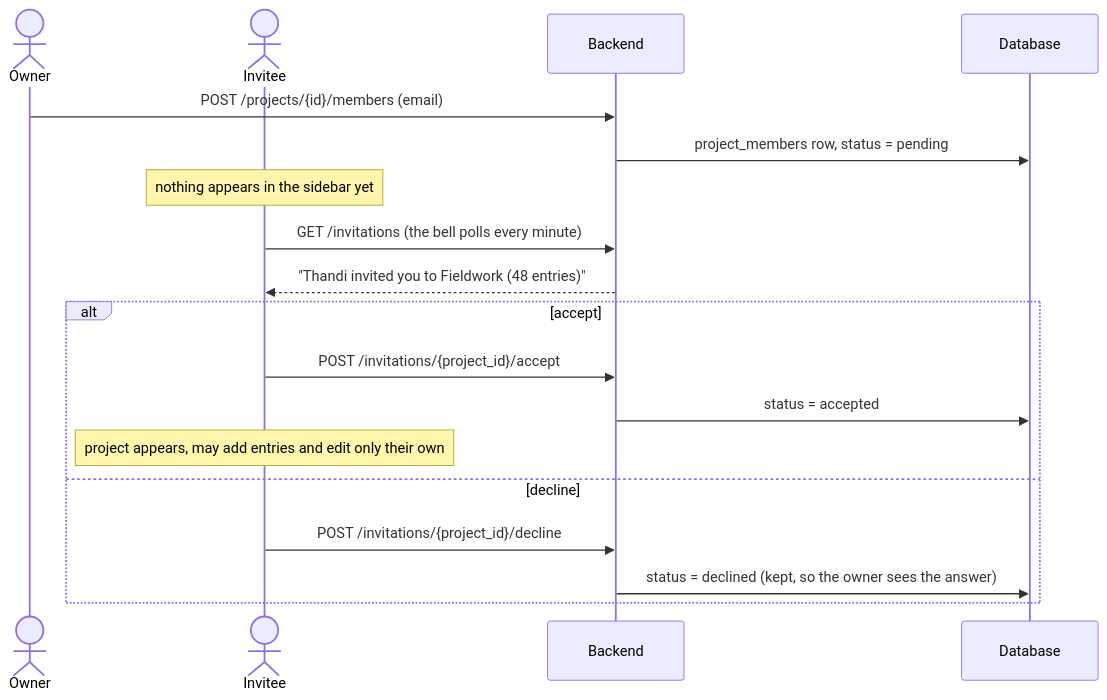
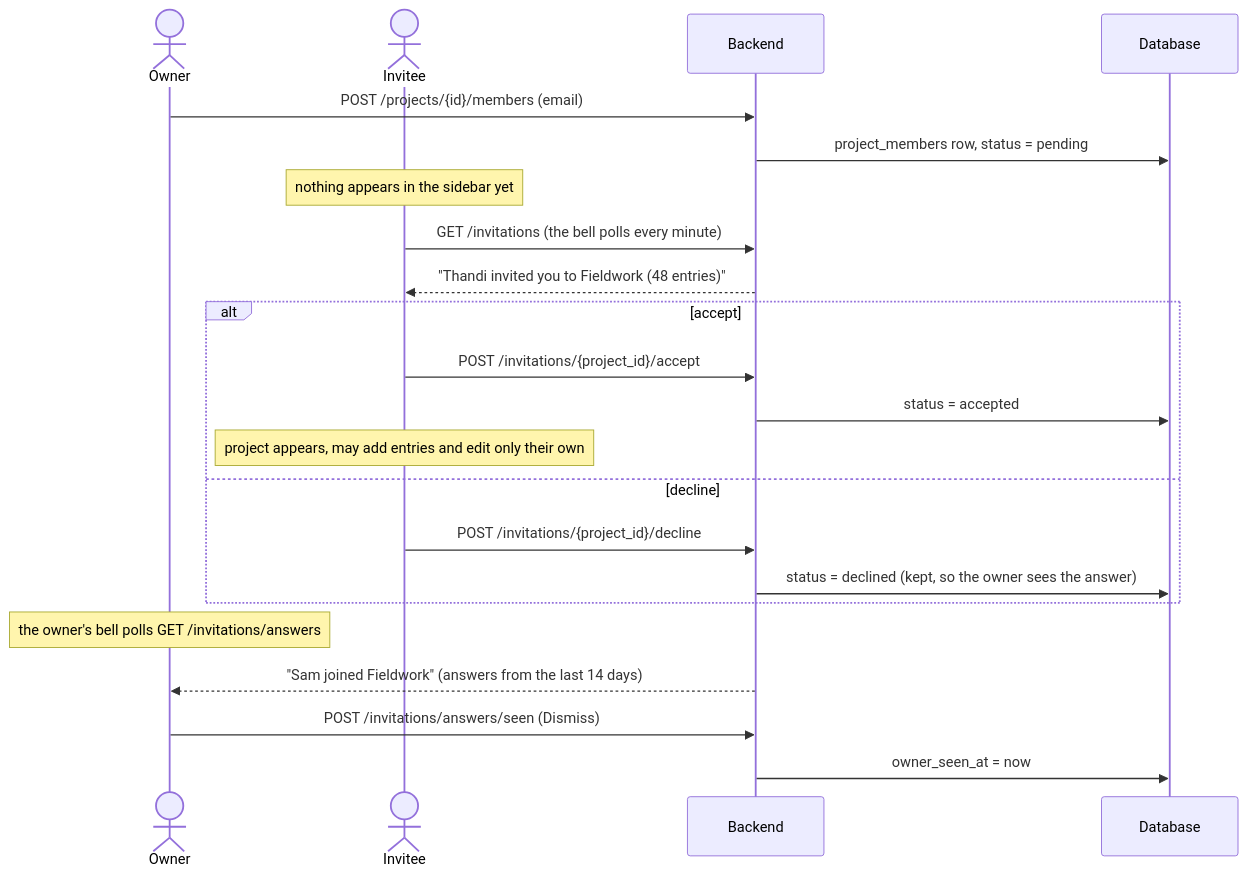
Before and after one commit to IcedMallard4334/Chronicles-Logbook: diagram 17 of 29 in docs/architecture/diagrams.md, drawn with Mermaid. The commit also changed other lines of this file and 37 other files, not shown here.

````diff
--- a/docs/architecture/diagrams.md
+++ b/docs/architecture/diagrams.md
@@ -755,21 +799,25 @@
 ```mermaid
 sequenceDiagram
     actor O as Owner
     actor I as Invitee
     participant API as Backend
     participant DB as Database
 
     O->>API: POST /projects/{id}/members (email)
     API->>DB: project_members row, status = pending
     Note over I: nothing appears in the sidebar yet
     I->>API: GET /invitations (the bell polls every minute)
     API-->>I: "Thandi invited you to Fieldwork (48 entries)"
     alt accept
         I->>API: POST /invitations/{project_id}/accept
         API->>DB: status = accepted
         Note over I: project appears, may add entries and edit only their own
     else decline
         I->>API: POST /invitations/{project_id}/decline
         API->>DB: status = declined (kept, so the owner sees the answer)
     end
+    Note over O: the owner's bell polls GET /invitations/answers
+    API-->>O: "Sam joined Fieldwork" (answers from the last 14 days)
+    O->>API: POST /invitations/answers/seen (Dismiss)
+    API->>DB: owner_seen_at = now
 ```
````
